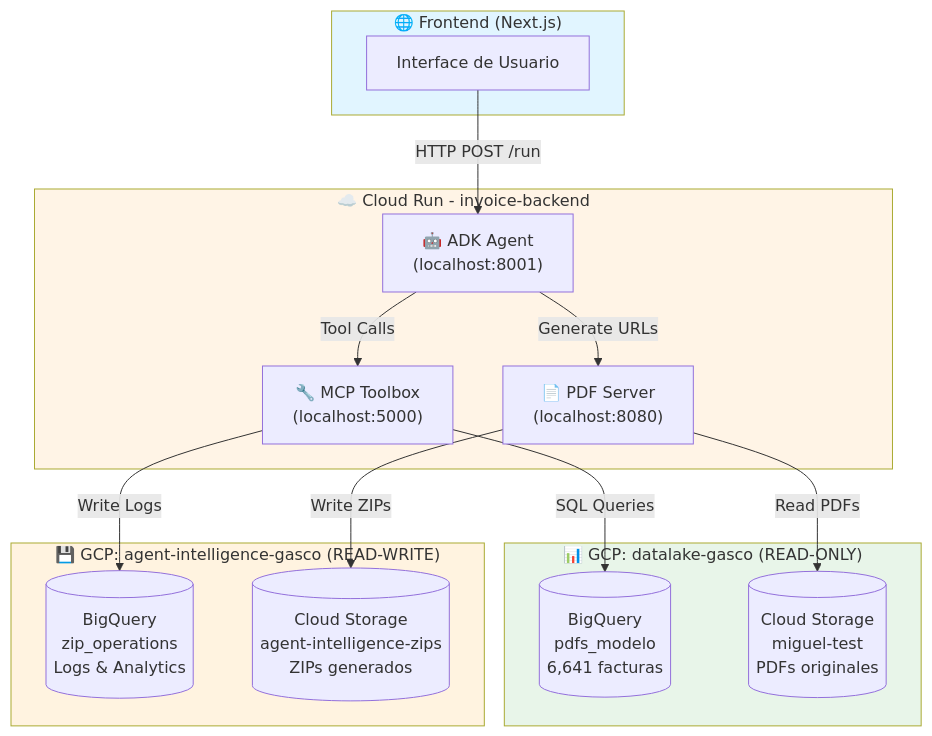
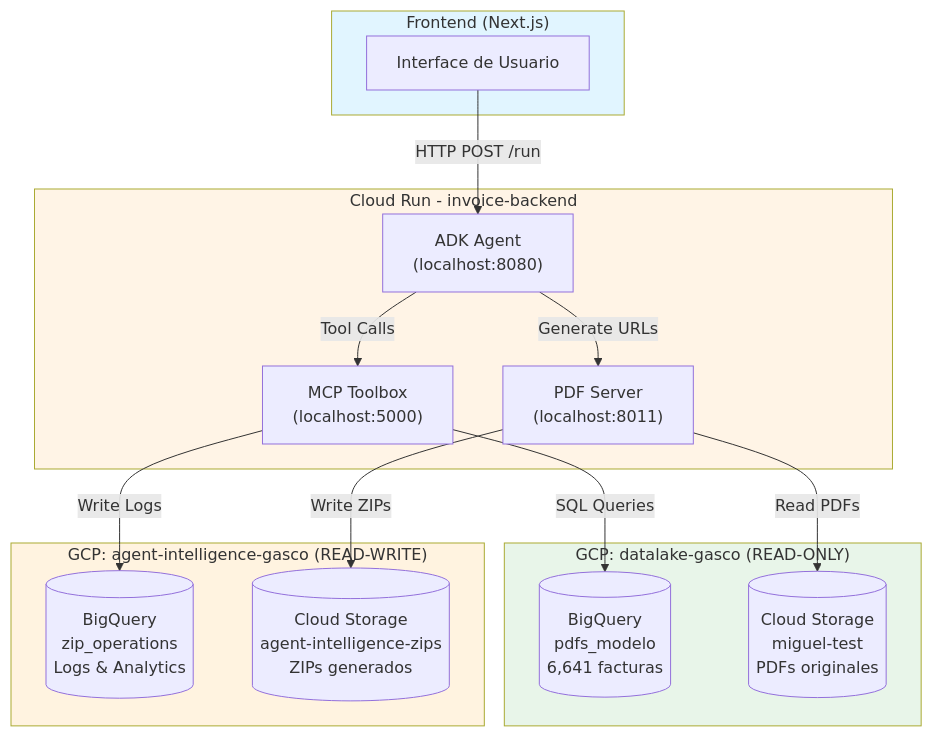
One commit to miguelp7200/agente changed the first of 16 diagrams in docs/official/architecture/20_SYSTEM_ARCHITECTURE.md. Above: the diagram before and after it, drawn with Mermaid. The commit also changed other lines of this file and 12 other files, not shown here.

````diff
--- a/docs/official/architecture/20_SYSTEM_ARCHITECTURE.md
+++ b/docs/official/architecture/20_SYSTEM_ARCHITECTURE.md
@@ -30,35 +30,35 @@
 ```mermaid
 flowchart TB
-    subgraph Frontend["🌐 Frontend (Next.js)"]
+    subgraph Frontend["Frontend (Next.js)"]
         UI[Interface de Usuario]
     end
     
-    subgraph CloudRun["☁️ Cloud Run - invoice-backend"]
-        ADK["🤖 ADK Agent<br/>(localhost:8001)"]
-        MCP["🔧 MCP Toolbox<br/>(localhost:5000)"]
-        PDF["📄 PDF Server<br/>(localhost:8080)"]
+    subgraph CloudRun["Cloud Run - invoice-backend"]
+        ADK["ADK Agent<br/>(localhost:8080)"]
+        MCP["MCP Toolbox<br/>(localhost:5000)"]
+        PDF["PDF Server<br/>(localhost:8011)"]
     end
     
-    subgraph GCP_READ["📊 GCP: datalake-gasco (READ-ONLY)"]
+    subgraph GCP_READ["GCP: datalake-gasco (READ-ONLY)"]
         BQ_READ[("BigQuery<br/>pdfs_modelo<br/>6,641 facturas")]
         GCS_READ[("Cloud Storage<br/>miguel-test<br/>PDFs originales")]
     end
     
-    subgraph GCP_WRITE["💾 GCP: agent-intelligence-gasco (READ-WRITE)"]
+    subgraph GCP_WRITE["GCP: agent-intelligence-gasco (READ-WRITE)"]
         BQ_WRITE[("BigQuery<br/>zip_operations<br/>Logs & Analytics")]
         GCS_WRITE[("Cloud Storage<br/>agent-intelligence-zips<br/>ZIPs generados")]
     end
     
     UI -->|HTTP POST /run| ADK
     ADK -->|Tool Calls| MCP
     MCP -->|SQL Queries| BQ_READ
     MCP -->|Write Logs| BQ_WRITE
     PDF -->|Read PDFs| GCS_READ
     PDF -->|Write ZIPs| GCS_WRITE
     ADK -->|Generate URLs| PDF
     
     style Frontend fill:#e1f5ff
     style CloudRun fill:#fff4e6
     style GCP_READ fill:#e8f5e9
     style GCP_WRITE fill:#fff3e0
 ```
````
